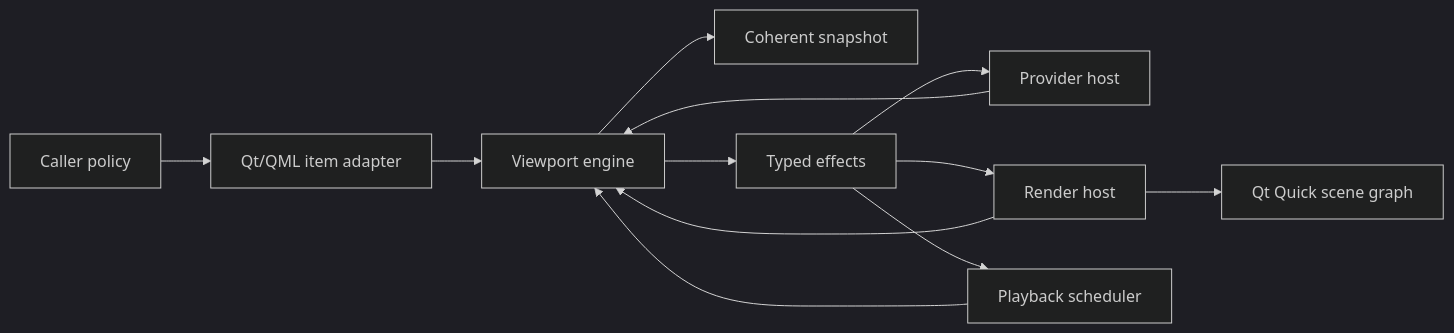
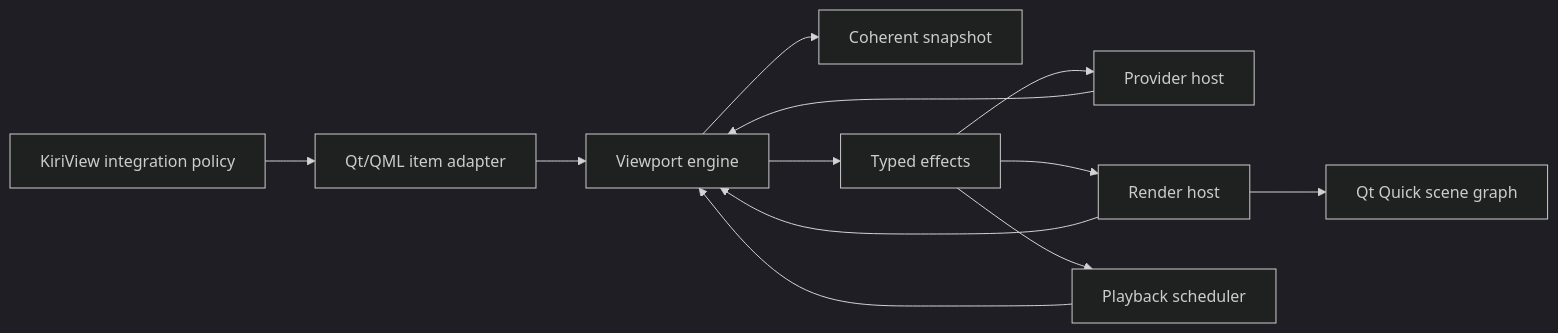
The diagram in libs/image-viewport/docs/architecture/subsystem-boundaries.md (hnjae/kiriview), drawn with Mermaid (dark theme) before and after one commit. The commit also changed other lines of this file and 51 other files, not shown here.

````diff
--- a/libs/image-viewport/docs/architecture/subsystem-boundaries.md
+++ b/libs/image-viewport/docs/architecture/subsystem-boundaries.md
@@ -5,14 +5,14 @@
 ```mermaid
 flowchart LR
-    Caller[Caller policy] --> Item[Qt/QML item adapter]
+    Caller[KiriView integration policy] --> Item[Qt/QML item adapter]
     Item --> Engine[Viewport engine]
     Engine --> Snapshot[Coherent snapshot]
     Engine --> Effects[Typed effects]
     Effects --> ProviderHost[Provider host]
     Effects --> RenderHost[Render host]
     Effects --> Scheduler[Playback scheduler]
     ProviderHost --> Engine
     RenderHost --> Engine
     Scheduler --> Engine
     RenderHost --> SceneGraph[Qt Quick scene graph]
 ```
````
